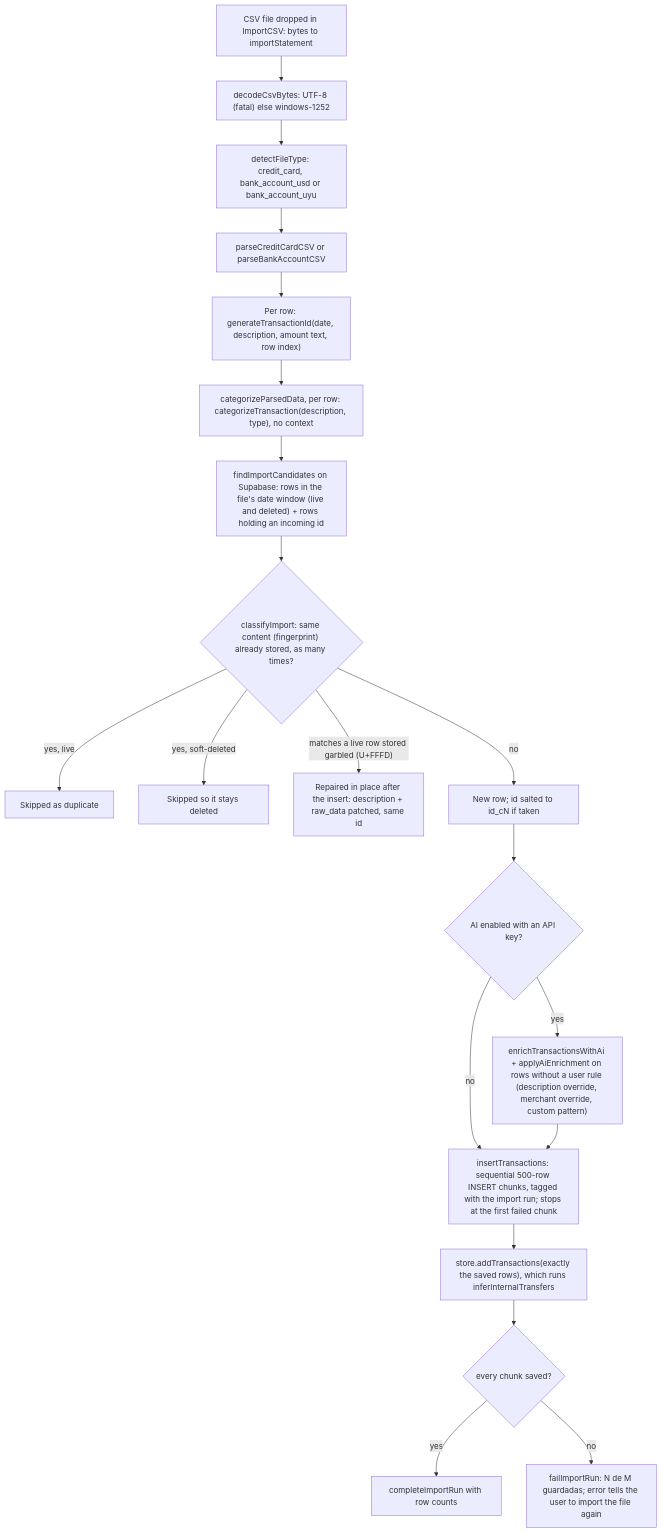
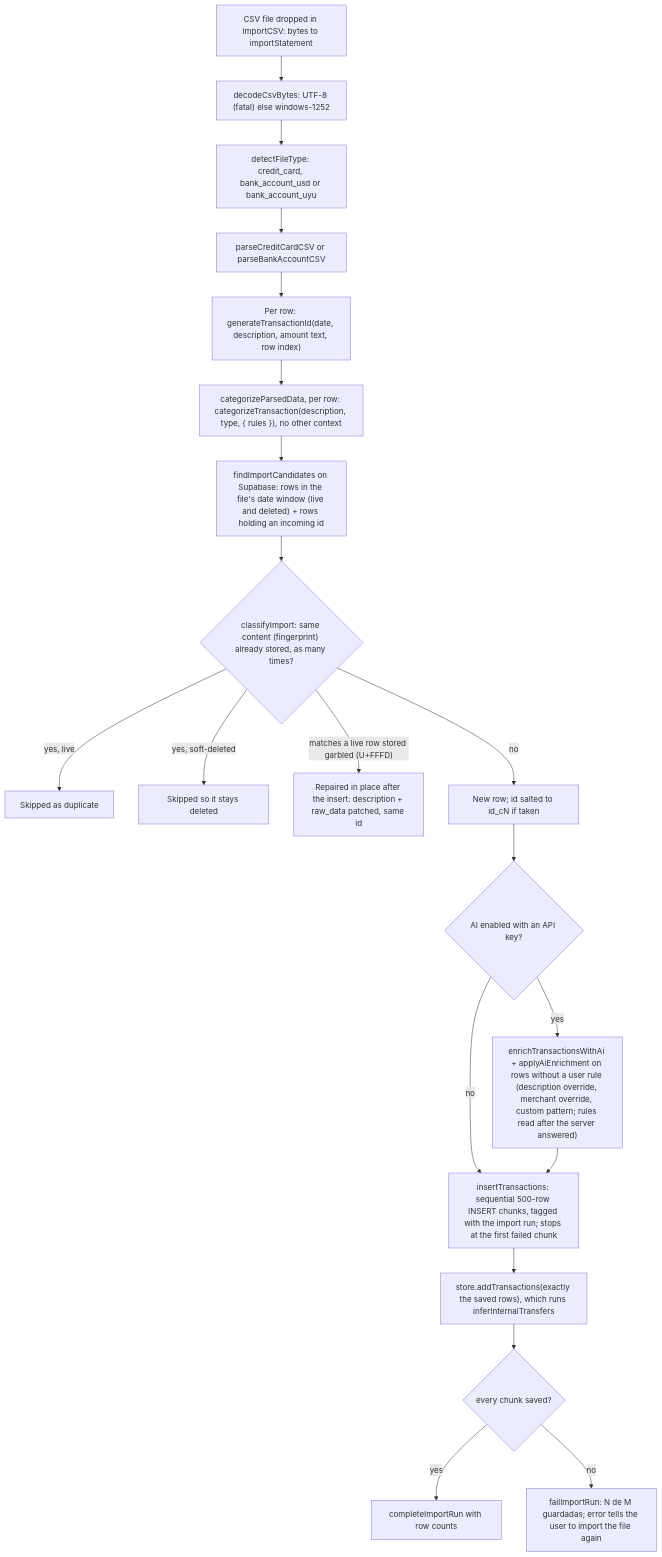
One commit to eltaiguer/tatu changed the first of 3 diagrams in docs/architecture.md. Above: the diagram before and after it, drawn with Mermaid. The commit also changed other lines of this file and 24 other files, not shown here.

First line of the commit message:
fix: read the user's rules after the import's awaits, as an immutable snapshot

````diff
--- a/docs/architecture.md
+++ b/docs/architecture.md
@@ -46,22 +46,22 @@
 ```mermaid
 flowchart TD
     A["CSV file dropped in ImportCSV: bytes to importStatement"] --> A2["decodeCsvBytes: UTF-8 (fatal) else windows-1252"]
     A2 --> B["detectFileType: credit_card, bank_account_usd or bank_account_uyu"]
     B --> C["parseCreditCardCSV or parseBankAccountCSV"]
     C --> E["Per row: generateTransactionId(date, description, amount text, row index)"]
-    E --> D["categorizeParsedData, per row: categorizeTransaction(description, type), no context"]
+    E --> D["categorizeParsedData, per row: categorizeTransaction(description, type, { rules }), no other context"]
     D --> F["findImportCandidates on Supabase: rows in the file's date window (live and deleted) + rows holding an incoming id"]
     F --> G{"classifyImport: same content (fingerprint) already stored, as many times?"}
     G -- "yes, live" --> H["Skipped as duplicate"]
     G -- "yes, soft-deleted" --> I["Skipped so it stays deleted"]
     G -- "matches a live row stored garbled (U+FFFD)" --> R["Repaired in place after the insert: description + raw_data patched, same id"]
     G -- "no" --> S["New row; id salted to id_cN if taken"]
     S --> J{"AI enabled with an API key?"}
-    J -- "yes" --> K["enrichTransactionsWithAi + applyAiEnrichment on rows without a user rule (description override, merchant override, custom pattern)"]
+    J -- "yes" --> K["enrichTransactionsWithAi + applyAiEnrichment on rows without a user rule (description override, merchant override, custom pattern; rules read after the server answered)"]
     J -- "no" --> L["insertTransactions: sequential 500-row INSERT chunks, tagged with the import run; stops at the first failed chunk"]
     K --> L
     L --> M["store.addTransactions(exactly the saved rows), which runs inferInternalTransfers"]
     M --> N{"every chunk saved?"}
     N -- "yes" --> O["completeImportRun with row counts"]
     N -- "no" --> P["failImportRun: N de M guardadas; error tells the user to import the file again"]
 ```
````
